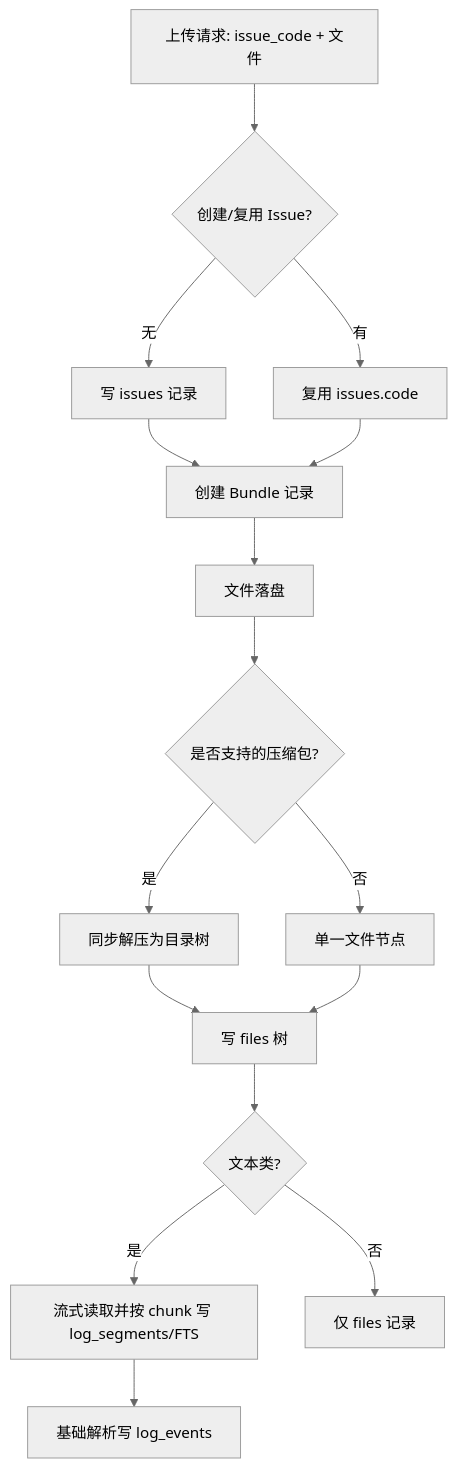
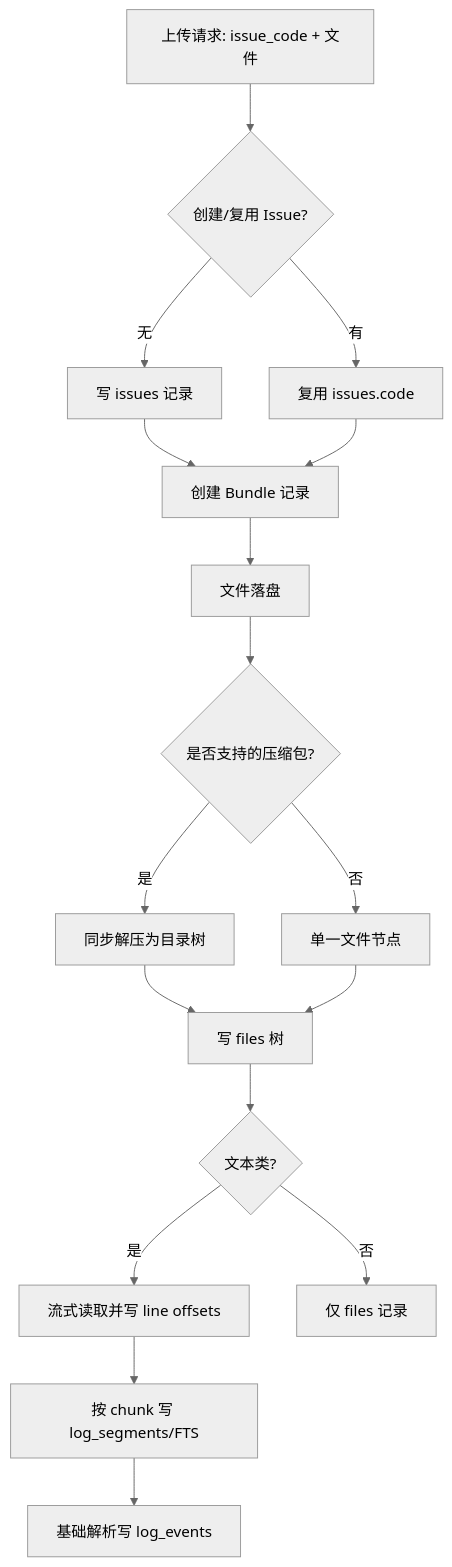
One commit to SwartzMss/Rain changed the diagram in doc/DB.md. Above: the diagram before and after it, drawn with Mermaid (neutral theme). The commit also changed other lines of this file and 15 other files, not shown here.

````diff
--- a/doc/DB.md
+++ b/doc/DB.md
@@ -94,18 +104,19 @@
 ```mermaid
 flowchart TD
     A[上传请求: issue_code + 文件] --> B{创建/复用 Issue?}
     B -->|无| C[写 issues 记录]
     B -->|有| D[复用 issues.code]
     C --> E[创建 Bundle 记录]
     D --> E
     E --> F[文件落盘]
     F --> G{是否支持的压缩包?}
     G -->|是| H[同步解压为目录树]
     G -->|否| I[单一文件节点]
     H --> J[写 files 树]
     I --> J
     J --> K{文本类?}
-    K -->|是| L[流式读取并按 chunk 写 log_segments/FTS]
+    K -->|是| L[流式读取并写 line offsets]
     K -->|否| M[仅 files 记录]
-    L --> N[基础解析写 log_events]
+    L --> N[按 chunk 写 log_segments/FTS]
+    N --> O[基础解析写 log_events]
 ```
````
